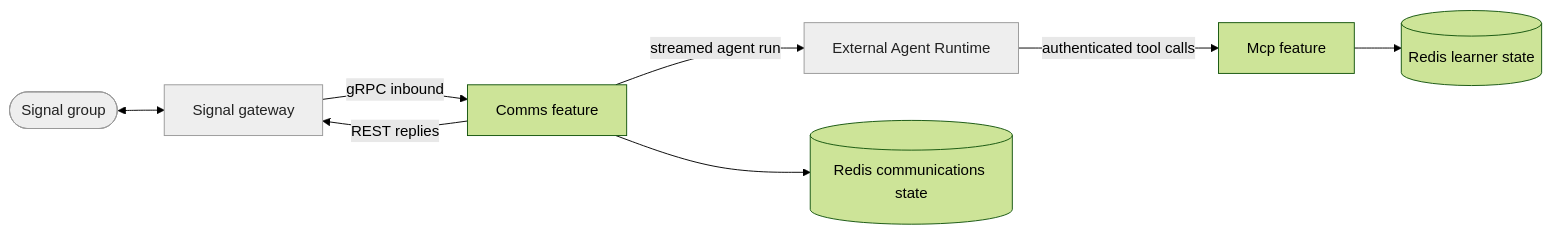
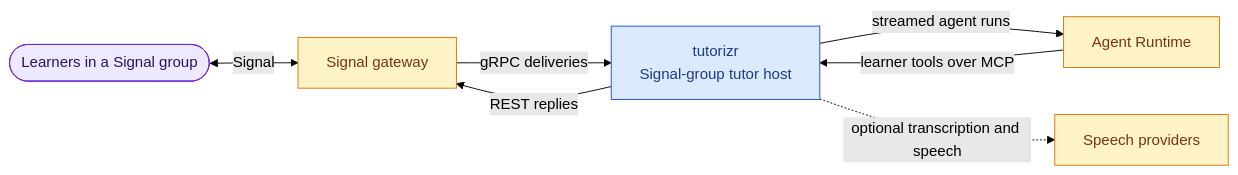
The diagram in README.md (f2calv/tutorizr), drawn with Mermaid (forest theme) before and after one commit. The commit also changed other lines of this file and 1 other file, not shown here.

Commit message:
docs(architecture): add top-down architecture drilldown
- Replace the README service diagram with a System Context view
- Add docs/architecture.md with containers, component views, code maps and runtime scenarios

````diff
--- a/README.md
+++ b/README.md
@@ -57,12 +61,13 @@
 ```mermaid
 flowchart LR
-    Learner([Signal group]) <--> Gateway[Signal gateway]
-    Gateway -- gRPC inbound --> Comms[Comms feature]
-    Comms -- REST replies --> Gateway
-    Comms -- streamed agent run --> Runtime[External Agent Runtime]
-    Runtime -- authenticated tool calls --> Mcp[Mcp feature]
-    Mcp --> Store[(Redis learner state)]
-    Comms --> Queue[(Redis communications state)]
-    classDef external fill:#eee,stroke:#999,color:#222
-    class Learner,Gateway,Runtime external
+    classDef system fill:#dbeafe,stroke:#1d4ed8,color:#1e3a8a
+    classDef person fill:#ede9fe,stroke:#6d28d9,color:#2e1065
+    classDef external fill:#fef3c7,stroke:#d97706,color:#78350f
+
+    learners([Learners in a Signal group]):::person <-->|Signal| gateway[Signal gateway]:::external
+    gateway -->|"gRPC deliveries"| tutorizr[tutorizr<br/>Signal-group tutor host]:::system
+    tutorizr -->|"REST replies"| gateway
+    tutorizr -->|"streamed agent runs"| runtime[Agent Runtime]:::external
+    runtime -->|"learner tools over MCP"| tutorizr
+    tutorizr -.->|"optional transcription and speech"| speech[Speech providers]:::external
 ```
````
